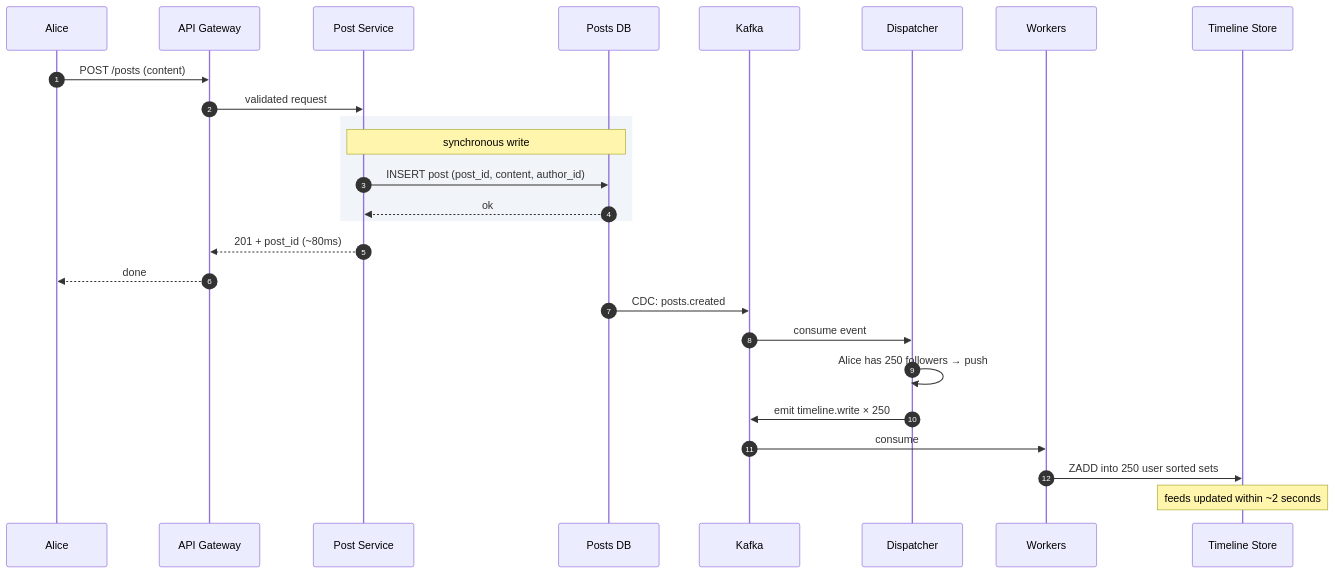
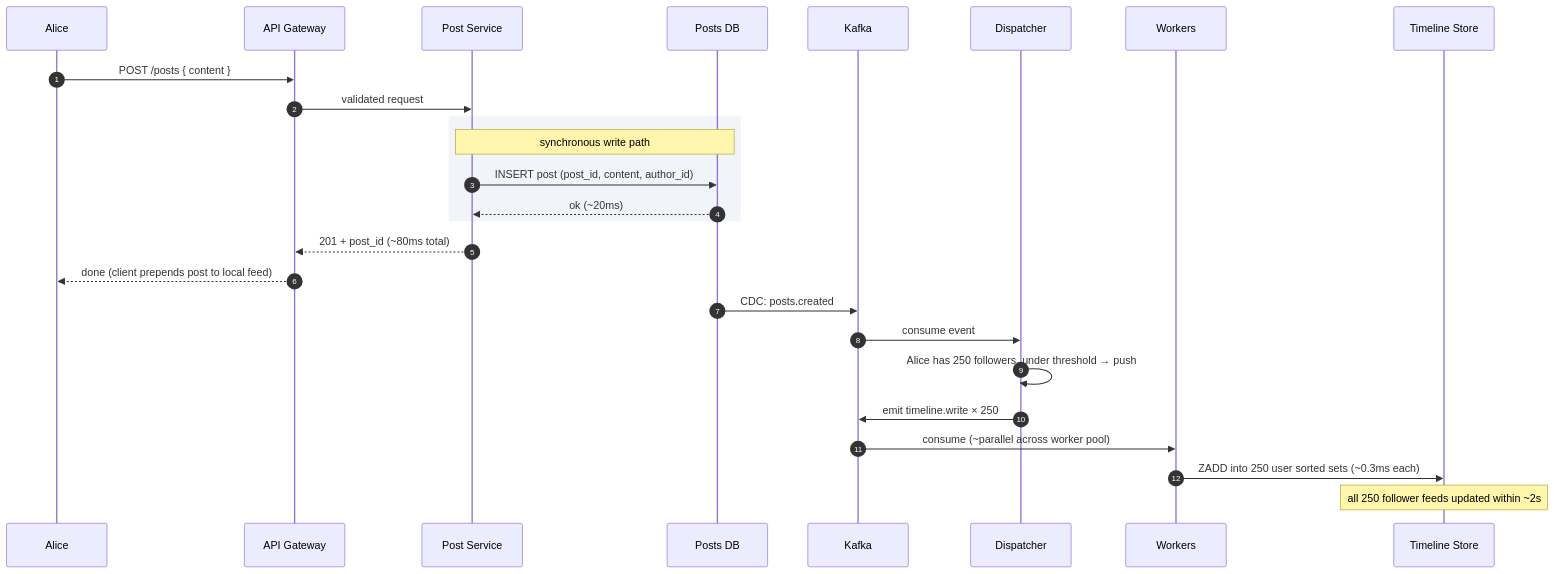
Before and after one commit to shiningflash/system-design: the ninth of 11 diagrams in problems/002-news-feed/question.md, drawn with Mermaid. The commit also changed other lines of this file and 37 other files, not shown here.

````diff
--- a/problems/002-news-feed/question.md
+++ b/problems/002-news-feed/question.md
@@ -392,31 +372,31 @@
 ```mermaid
 sequenceDiagram
     autonumber
     participant Alice
     participant GW as API Gateway
     participant PS as Post Service
     participant DB as Posts DB
     participant K as Kafka
     participant D as Dispatcher
     participant W as Workers
     participant TS as Timeline Store
 
-    Alice->>GW: POST /posts (content)
+    Alice->>GW: POST /posts { content }
     GW->>PS: validated request
 
     rect rgb(241, 245, 249)
-        Note over PS,DB: synchronous write
+        Note over PS,DB: synchronous write path
         PS->>DB: INSERT post (post_id, content, author_id)
-        DB-->>PS: ok
+        DB-->>PS: ok (~20ms)
     end
 
-    PS-->>GW: 201 + post_id (~80ms)
-    GW-->>Alice: done
+    PS-->>GW: 201 + post_id (~80ms total)
+    GW-->>Alice: done (client prepends post to local feed)
     DB->>K: CDC: posts.created
     K->>D: consume event
-    D->>D: Alice has 250 followers → push
+    D->>D: Alice has 250 followers, under threshold → push
     D->>K: emit timeline.write × 250
-    K->>W: consume
-    W->>TS: ZADD into 250 user sorted sets
-    Note over TS: feeds updated within ~2 seconds
+    K->>W: consume (~parallel across worker pool)
+    W->>TS: ZADD into 250 user sorted sets (~0.3ms each)
+    Note over TS: all 250 follower feeds updated within ~2s
 ```
````
